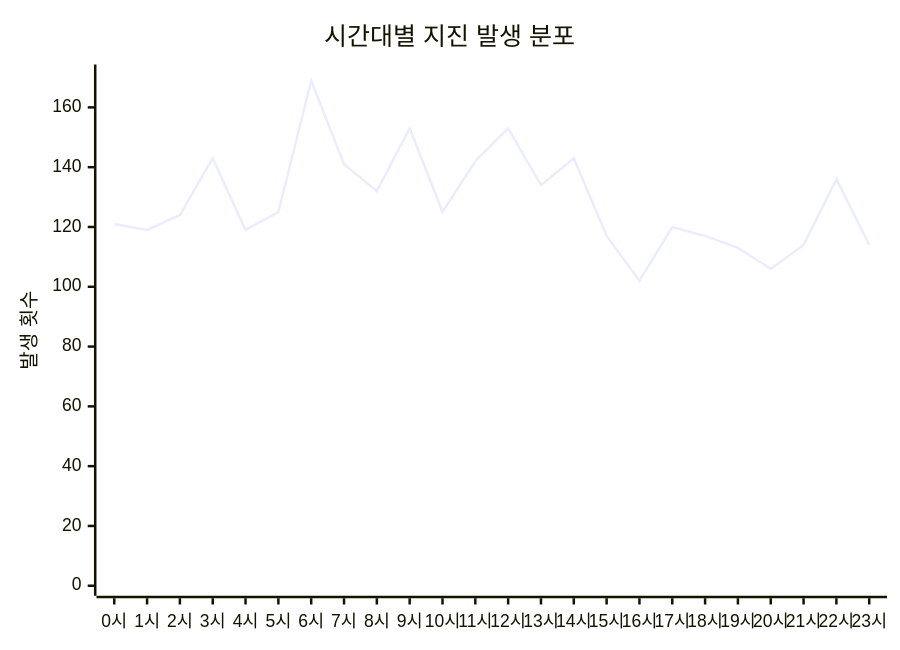
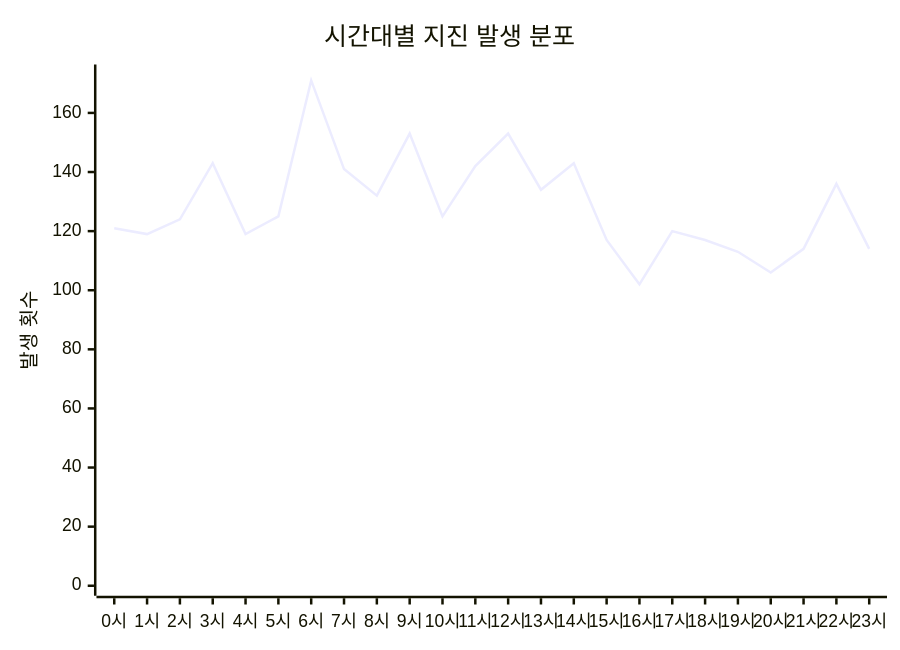
Before and after one commit to serendip811/japan-eq: the diagram in charts/time-chart.md, drawn with Mermaid. The commit also changed other lines of this file and 5 other files, not shown here.

Commit message:
Update earthquake data and charts Wed Nov 26 07:04:53 UTC 2025

````diff
--- a/charts/time-chart.md
+++ b/charts/time-chart.md
@@ -3,7 +3,7 @@
 ```mermaid
 xychart-beta
     title "시간대별 지진 발생 분포"
     x-axis ["0시", "1시", "2시", "3시", "4시", "5시", "6시", "7시", "8시", "9시", "10시", "11시", "12시", "13시", "14시", "15시", "16시", "17시", "18시", "19시", "20시", "21시", "22시", "23시"]
-    y-axis "발생 횟수" 0 --> 171
-    line [121, 119, 124, 143, 119, 125, 169, 141, 132, 153, 125, 142, 153, 134, 143, 117, 102, 120, 117, 113, 106, 114, 136, 114]
+    y-axis "발생 횟수" 0 --> 173
+    line [121, 119, 124, 143, 119, 125, 171, 141, 132, 153, 125, 142, 153, 134, 143, 117, 102, 120, 117, 113, 106, 114, 136, 114]
 ```
````
